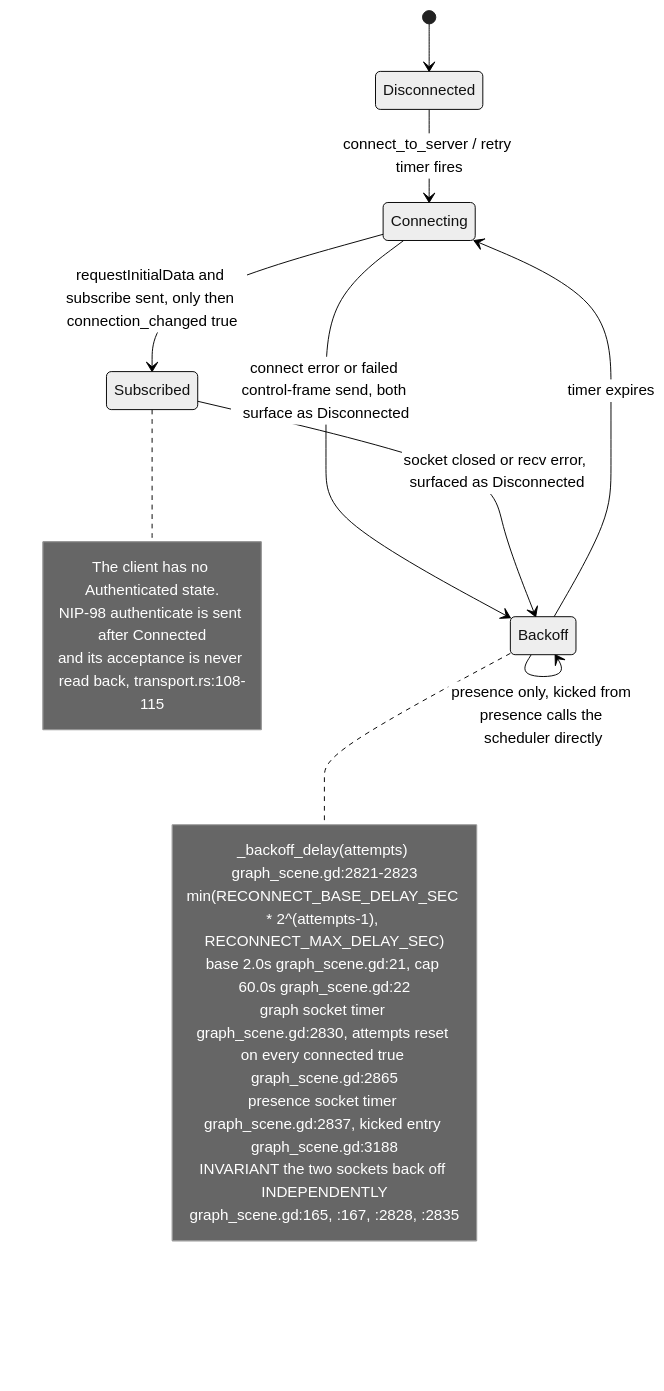
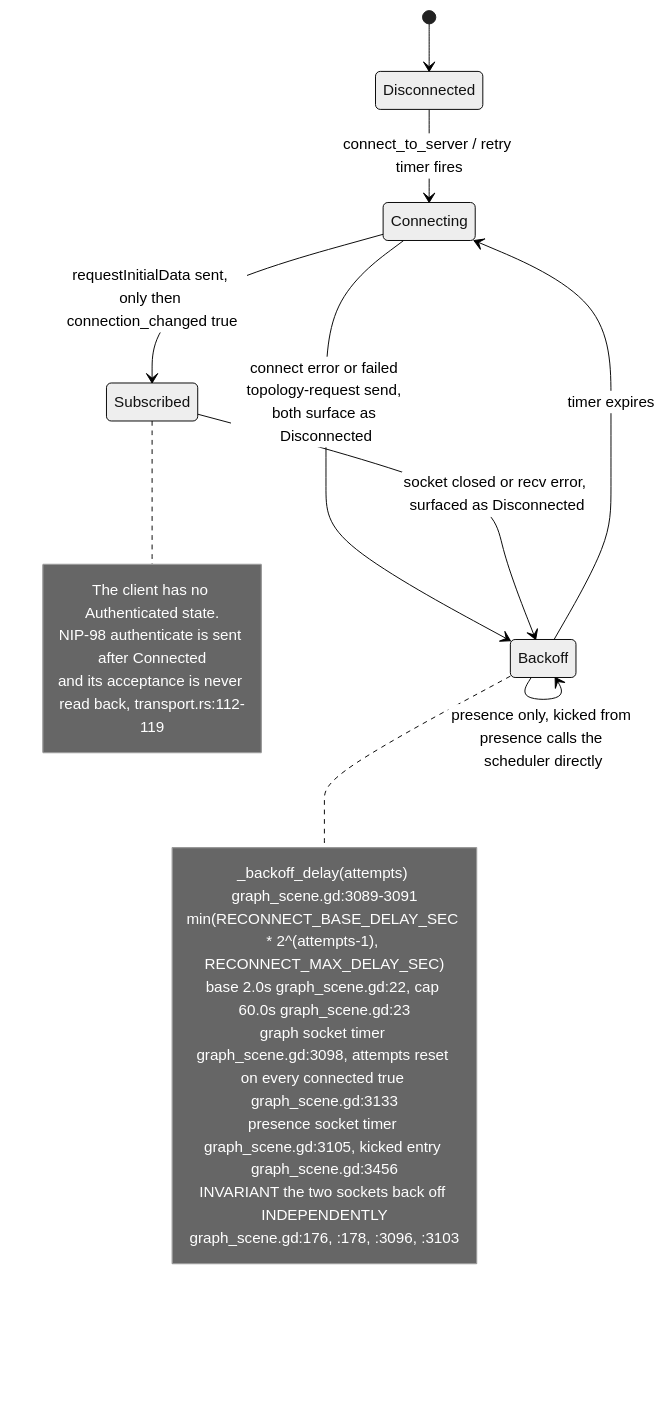
The fourth of 27 diagrams in docs/diagrams/visionclaw/36-godot-xr-client.md (DreamLab-AI/VisionFlow), drawn with Mermaid (neutral theme) before and after one commit. The commit also changed other lines of this file and 160 other files, not shown here.

````diff
--- a/docs/diagrams/visionclaw/36-godot-xr-client.md
+++ b/docs/diagrams/visionclaw/36-godot-xr-client.md
@@ -248,24 +248,24 @@
 ```mermaid
 stateDiagram-v2
     [*] --> Disconnected
     Disconnected --> Connecting: connect_to_server / retry timer fires
-    Connecting --> Backoff: connect error or failed control-frame send, both surface as Disconnected
-    Connecting --> Subscribed: requestInitialData and subscribe sent, only then connection_changed true
+    Connecting --> Backoff: connect error or failed topology-request send, both surface as Disconnected
+    Connecting --> Subscribed: requestInitialData sent, only then connection_changed true
     Subscribed --> Backoff: socket closed or recv error, surfaced as Disconnected
     Backoff --> Connecting: timer expires
     Backoff --> Backoff: presence only, kicked from presence calls the scheduler directly
     note right of Subscribed
         The client has no Authenticated state.
         NIP-98 authenticate is sent after Connected
-        and its acceptance is never read back, transport.rs:108-115
+        and its acceptance is never read back, transport.rs:112-119
     end note
     note right of Backoff
-        _backoff_delay(attempts) graph_scene.gd:2821-2823
+        _backoff_delay(attempts) graph_scene.gd:3089-3091
         min(RECONNECT_BASE_DELAY_SEC * 2^(attempts-1), RECONNECT_MAX_DELAY_SEC)
-        base 2.0s graph_scene.gd:21, cap 60.0s graph_scene.gd:22
-        graph socket timer graph_scene.gd:2830, attempts reset on every connected true graph_scene.gd:2865
-        presence socket timer graph_scene.gd:2837, kicked entry graph_scene.gd:3188
+        base 2.0s graph_scene.gd:22, cap 60.0s graph_scene.gd:23
+        graph socket timer graph_scene.gd:3098, attempts reset on every connected true graph_scene.gd:3133
+        presence socket timer graph_scene.gd:3105, kicked entry graph_scene.gd:3456
         INVARIANT the two sockets back off INDEPENDENTLY
-        graph_scene.gd:165, :167, :2828, :2835
+        graph_scene.gd:176, :178, :3096, :3103
     end note
 ```
````
